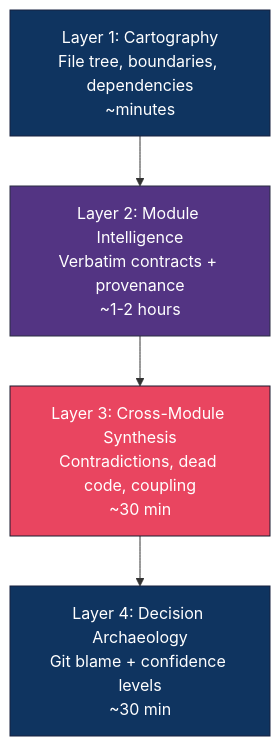
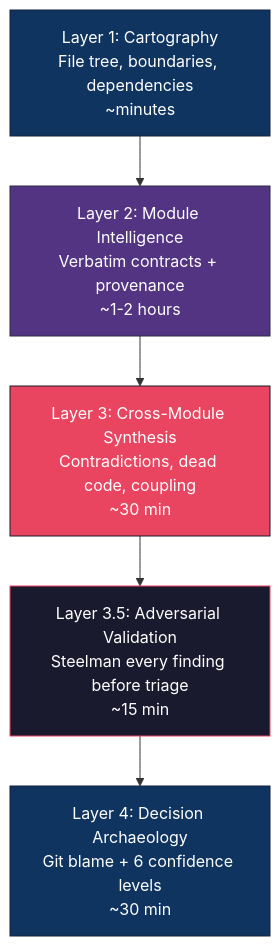
Before and after one commit to frmoretto/coderec: the second of 3 diagrams in README.md, drawn with Mermaid. The commit also changed other lines of this file, not shown here.

````diff
--- a/README.md
+++ b/README.md
@@ -141,12 +157,14 @@
 ```mermaid
 graph TD
     L1["Layer 1: Cartography\nFile tree, boundaries, dependencies\n~minutes"] --> L2
     L2["Layer 2: Module Intelligence\nVerbatim contracts + provenance\n~1-2 hours"] --> L3
-    L3["Layer 3: Cross-Module Synthesis\nContradictions, dead code, coupling\n~30 min"] --> L4
-    L4["Layer 4: Decision Archaeology\nGit blame + confidence levels\n~30 min"]
+    L3["Layer 3: Cross-Module Synthesis\nContradictions, dead code, coupling\n~30 min"] --> L35
+    L35["Layer 3.5: Adversarial Validation\nSteelman every finding before triage\n~15 min"] --> L4
+    L4["Layer 4: Decision Archaeology\nGit blame + 6 confidence levels\n~30 min"]
 
     style L1 fill:#0f3460,stroke:#16213e,color:#fff
     style L2 fill:#533483,stroke:#2b2d42,color:#fff
     style L3 fill:#e94560,stroke:#1a1a2e,color:#fff
+    style L35 fill:#1a1a2e,stroke:#e94560,color:#fff
     style L4 fill:#0f3460,stroke:#16213e,color:#fff
 ```
````
